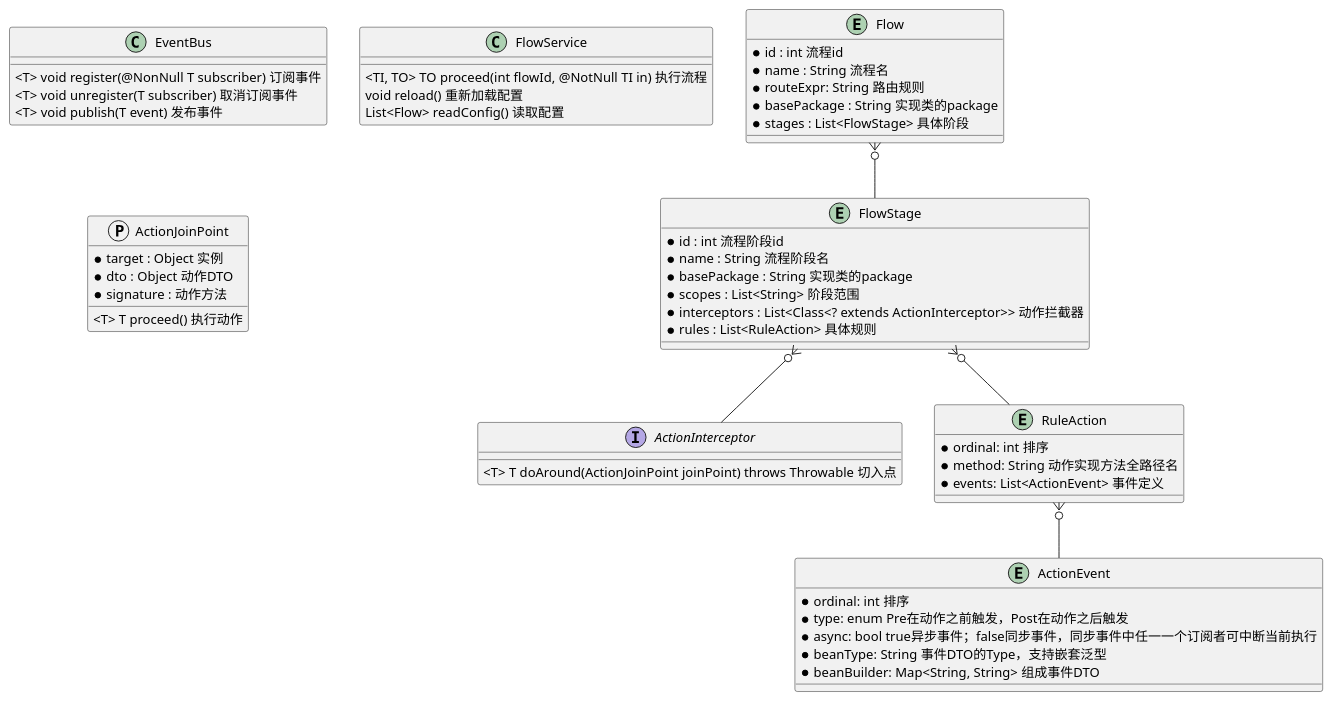
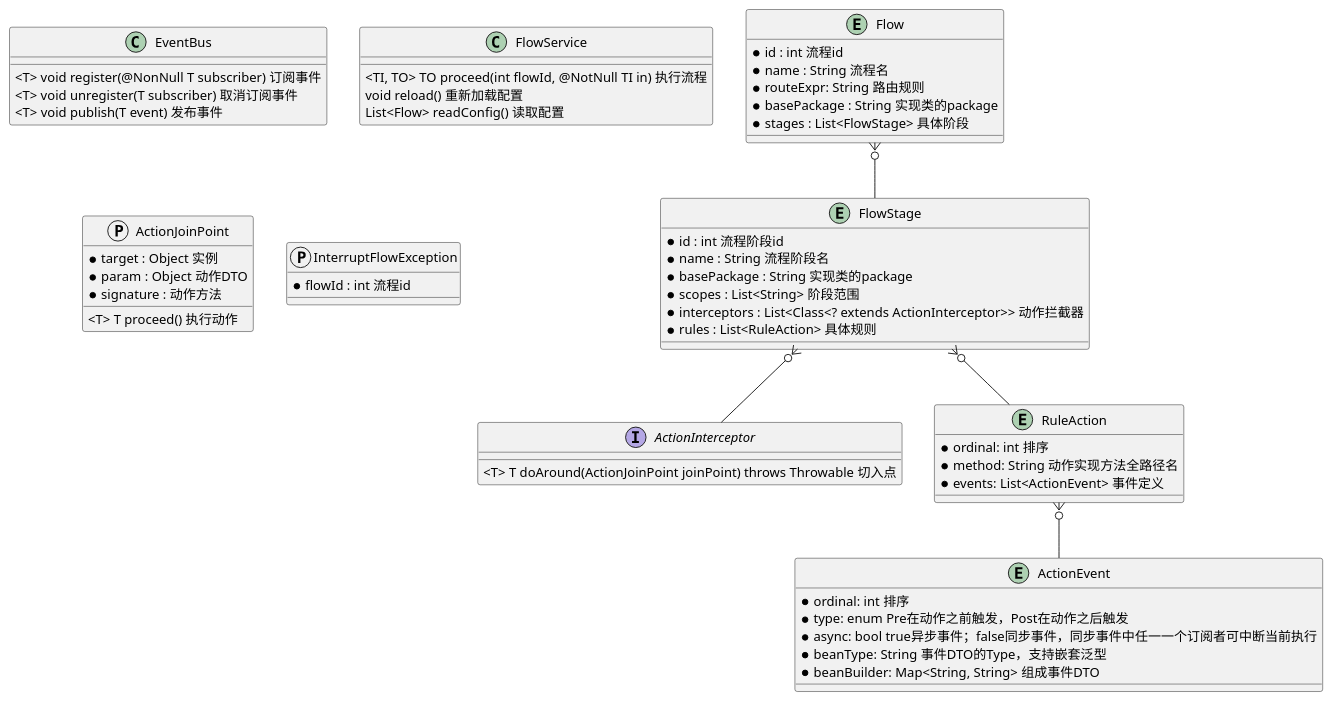
One commit to RockyLOMO/demo changed the diagram in docs/his/his.puml. Above: the diagram before and after it, drawn with PlantUML. The commit also changed 6 other files, not shown here.

```diff
--- a/docs/his/his.puml
+++ b/docs/his/his.puml
@@ -1,62 +1,65 @@
 @startuml
 class EventBus{
 
 }
 EventBus : <T> void register(@NonNull T subscriber) 订阅事件
 EventBus : <T> void unregister(T subscriber) 取消订阅事件
 EventBus : <T> void publish(T event) 发布事件
 
 class FlowService{
 
 }
 FlowService : <TI, TO> TO proceed(int flowId, @NotNull TI in) 执行流程
 FlowService : void reload() 重新加载配置
 FlowService : List<Flow> readConfig() 读取配置
 
 interface ActionInterceptor{
 
 }
 ActionInterceptor : <T> T doAround(ActionJoinPoint joinPoint) throws Throwable 切入点
 protocol ActionJoinPoint{
     * target : Object 实例
-    * dto : Object 动作DTO
+    * param : Object 动作DTO
     * signature : 动作方法
 }
 ActionJoinPoint : <T> T proceed() 执行动作
+protocol InterruptFlowException{
+    * flowId : int 流程id
+}
 
 entity Flow {
     * id : int 流程id
     * name : String 流程名
     * routeExpr: String 路由规则
     * basePackage : String 实现类的package
     * stages : List<FlowStage> 具体阶段
 }
 
 entity FlowStage {
     * id : int 流程阶段id
     * name : String 流程阶段名
     * basePackage : String 实现类的package
     * scopes : List<String> 阶段范围
     * interceptors : List<Class<? extends ActionInterceptor>> 动作拦截器
     * rules : List<RuleAction> 具体规则
 }
 
 entity RuleAction{
     * ordinal: int 排序
     * method: String 动作实现方法全路径名
     * events: List<ActionEvent> 事件定义
 }
 
 entity ActionEvent{
     * ordinal: int 排序
     * type: enum Pre在动作之前触发，Post在动作之后触发
     * async: bool true异步事件；false同步事件，同步事件中任一一个订阅者可中断当前执行
     * beanType: String 事件DTO的Type，支持嵌套泛型
     * beanBuilder: Map<String, String> 组成事件DTO
 }
 
 Flow }o-- FlowStage
 FlowStage }o-- RuleAction
 RuleAction }o-- ActionEvent
 FlowStage }o-- ActionInterceptor
 @enduml
```
